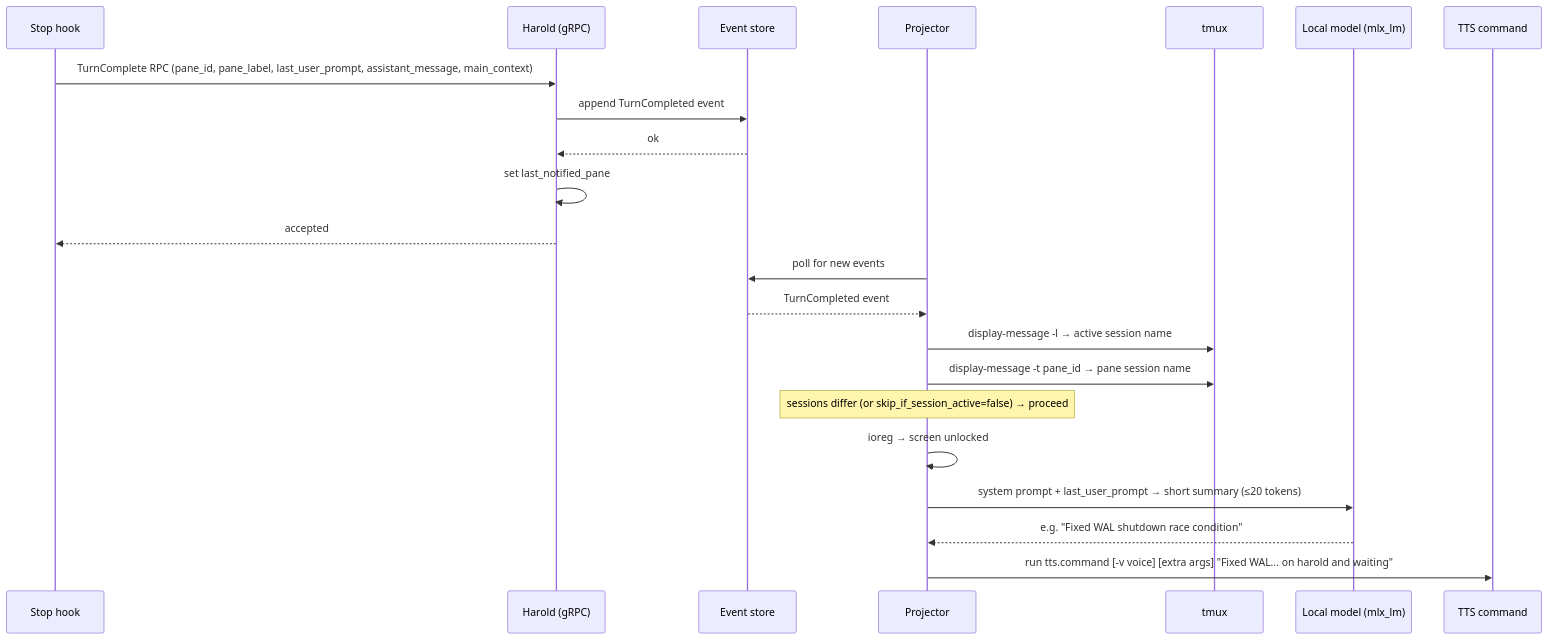
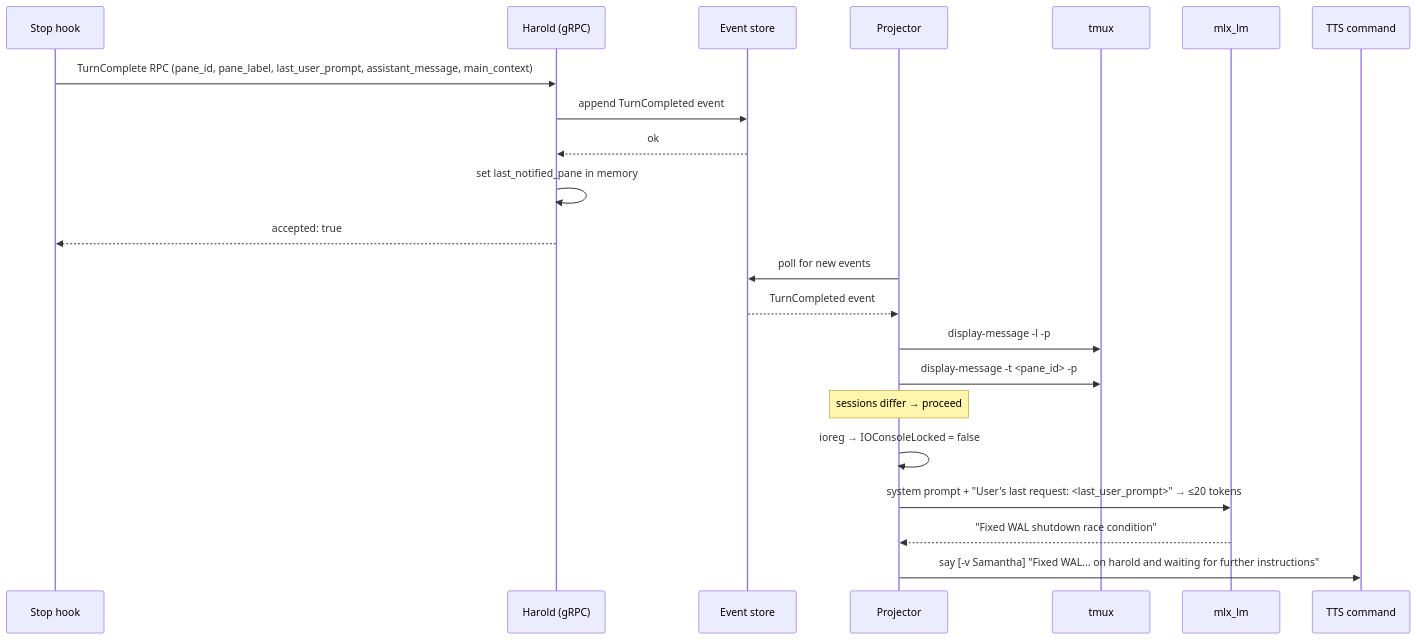
One commit to kahgeh/harold changed the first of 2 diagrams in docs/references/notification/README.md. Above: the diagram before and after it, drawn with Mermaid. The commit also changed other lines of this file and 2 other files, not shown here.

Commit message:
docs: deepen feature READMEs with component-level detail and full sequences

````diff
--- a/docs/references/notification/README.md
+++ b/docs/references/notification/README.md
@@ -41,26 +74,26 @@
 ```mermaid
 sequenceDiagram
     participant Hook as Stop hook
     participant gRPC as Harold (gRPC)
     participant Store as Event store
     participant Projector
     participant Tmux as tmux
-    participant LocalModel as Local model (mlx_lm)
+    participant LocalModel as mlx_lm
     participant TTS as TTS command
 
     Hook->>gRPC: TurnComplete RPC (pane_id, pane_label, last_user_prompt, assistant_message, main_context)
     gRPC->>Store: append TurnCompleted event
     Store-->>gRPC: ok
-    gRPC->>gRPC: set last_notified_pane
-    gRPC-->>Hook: accepted
+    gRPC->>gRPC: set last_notified_pane in memory
+    gRPC-->>Hook: accepted: true
 
     Projector->>Store: poll for new events
     Store-->>Projector: TurnCompleted event
-    Projector->>Tmux: display-message -l → active session name
-    Projector->>Tmux: display-message -t pane_id → pane session name
-    note over Projector: sessions differ (or skip_if_session_active=false) → proceed
-    Projector->>Projector: ioreg → screen unlocked
-    Projector->>LocalModel: system prompt + last_user_prompt → short summary (≤20 tokens)
-    LocalModel-->>Projector: e.g. "Fixed WAL shutdown race condition"
-    Projector->>TTS: run tts.command [-v voice] [extra args] "Fixed WAL... on harold and waiting"
+    Projector->>Tmux: display-message -l -p #{session_name} → MRU client session
+    Projector->>Tmux: display-message -t <pane_id> -p #{session_name} → pane session
+    note over Projector: sessions differ → proceed
+    Projector->>Projector: ioreg → IOConsoleLocked = false
+    Projector->>LocalModel: system prompt + "User's last request: <last_user_prompt>" → ≤20 tokens
+    LocalModel-->>Projector: "Fixed WAL shutdown race condition"
+    Projector->>TTS: say [-v Samantha] "Fixed WAL... on harold and waiting for further instructions"
 ```
````
